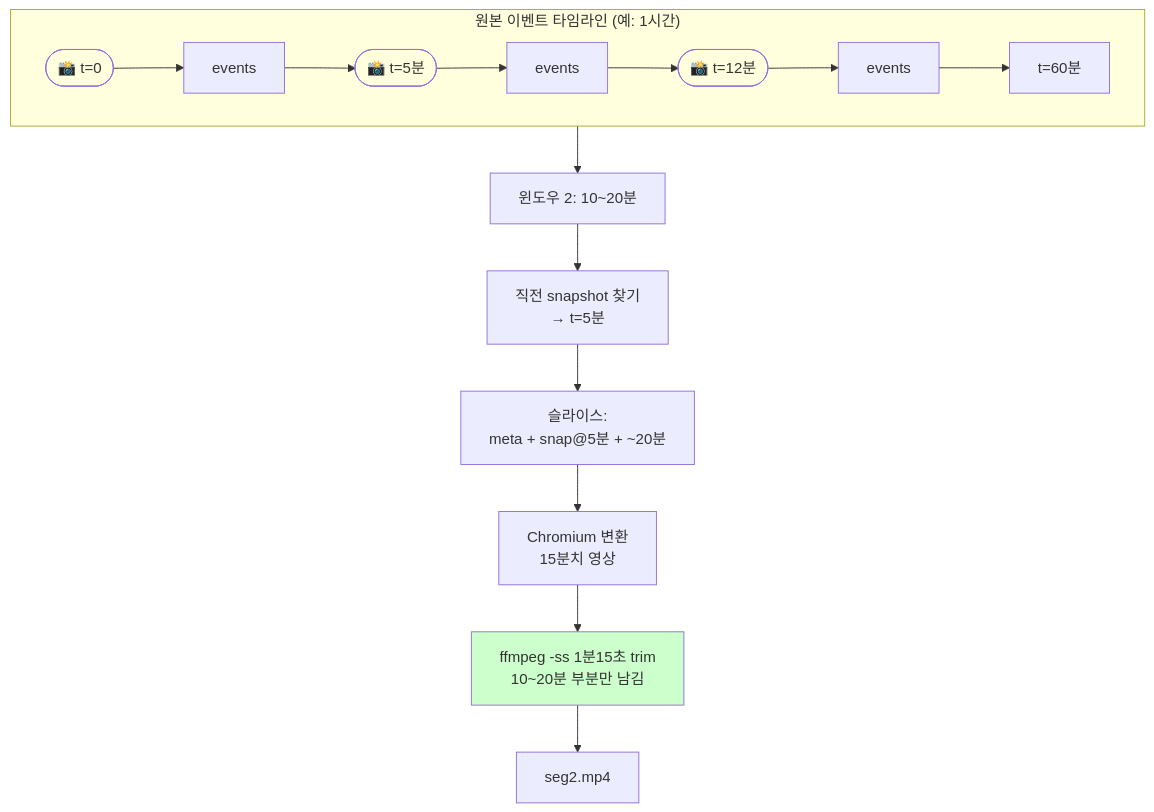
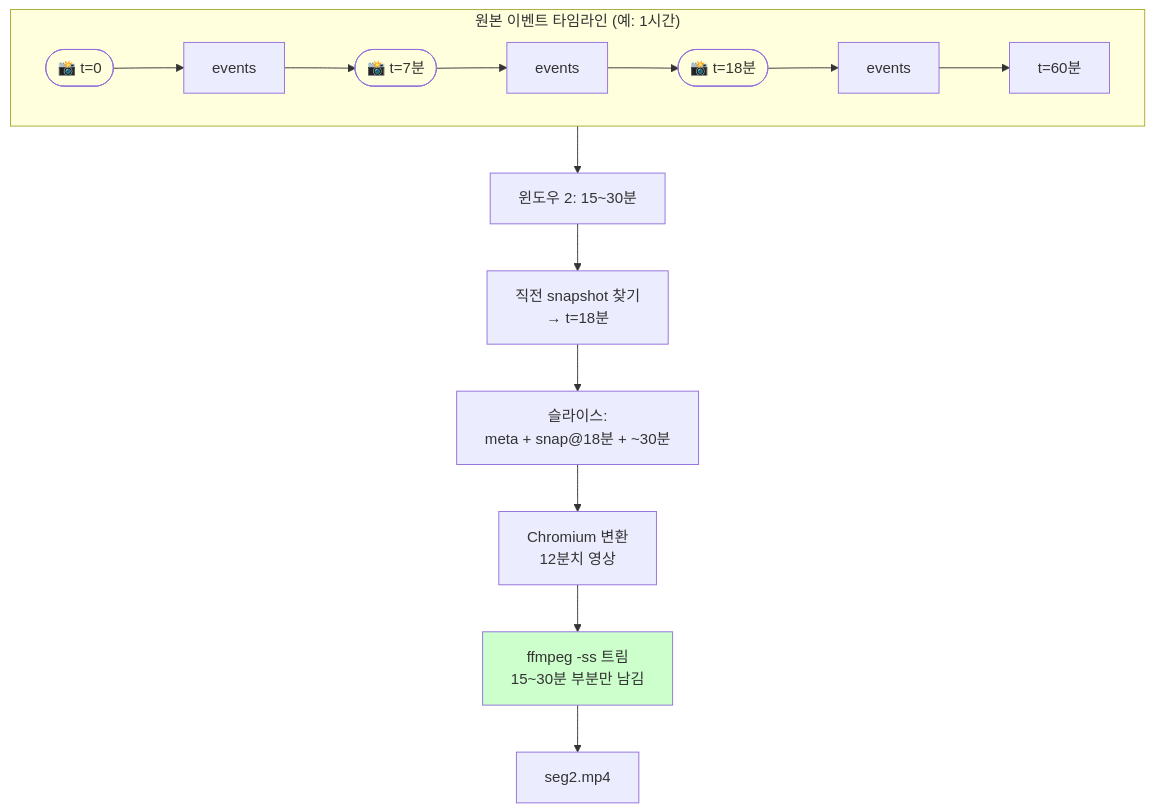
The second of 2 diagrams in README.md (hov-i/rrweb-to-mp4), drawn with Mermaid before and after one commit. The commit also changed other lines of this file and 2 other files, not shown here.

````diff
--- a/README.md
+++ b/README.md
@@ -83,22 +96,22 @@
 ```mermaid
 flowchart TB
     subgraph T["원본 이벤트 타임라인 (예: 1시간)"]
         direction LR
-        S0([📸 t=0]) --> E1[events] --> S1([📸 t=5분])
-        S1 --> E2[events] --> S2([📸 t=12분])
+        S0([📸 t=0]) --> E1[events] --> S1([📸 t=7분])
+        S1 --> E2[events] --> S2([📸 t=18분])
         S2 --> E3[events] --> END[t=60분]
     end
 
-    T --> W2["윈도우 2: 10~20분"]
+    T --> W2["윈도우 2: 15~30분"]
 
-    W2 --> P1[직전 snapshot 찾기<br/>→ t=5분]
-    P1 --> P2[슬라이스:<br/>meta + snap@5분 + ~20분]
-    P2 --> P3[Chromium 변환<br/>15분치 영상]
-    P3 --> P4[ffmpeg -ss 1분15초 trim<br/>10~20분 부분만 남김]
+    W2 --> P1[직전 snapshot 찾기<br/>→ t=18분]
+    P1 --> P2[슬라이스:<br/>meta + snap@18분 + ~30분]
+    P2 --> P3[Chromium 변환<br/>12분치 영상]
+    P3 --> P4[ffmpeg -ss 트림<br/>15~30분 부분만 남김]
     P4 --> P5[seg2.mp4]
 
     style S0 fill:#ffd
     style S1 fill:#ffd
     style S2 fill:#ffd
     style P4 fill:#cfc
 ```
````
